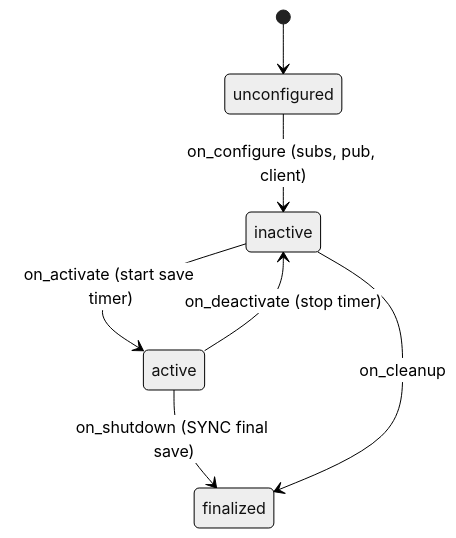
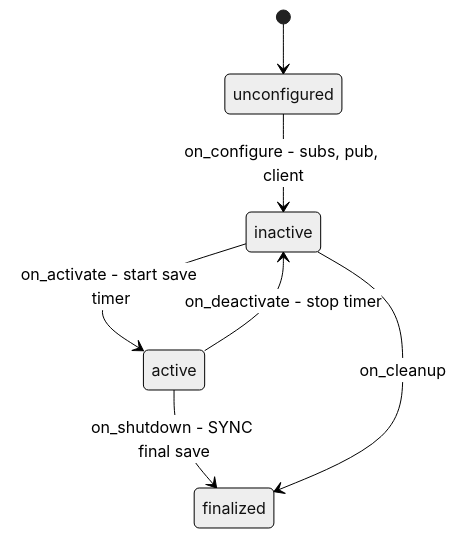
One commit to Boston-Robot-Hackers/dome_nav changed the diagram in 01-literate/02-slam_manager_node.md. Above: the diagram before and after it, drawn with Mermaid (neutral theme). The commit also changed 8 other files, not shown here.

First line of the commit message:
docs(literate): fix mermaid syntax across all diagrams

````diff
--- a/01-literate/02-slam_manager_node.md
+++ b/01-literate/02-slam_manager_node.md
@@ -33,9 +33,9 @@
 ```mermaid
 stateDiagram-v2
     [*] --> unconfigured
-    unconfigured --> inactive: on_configure (subs, pub, client)
-    inactive --> active: on_activate (start save timer)
-    active --> inactive: on_deactivate (stop timer)
-    active --> finalized: on_shutdown (SYNC final save)
+    unconfigured --> inactive: on_configure - subs, pub, client
+    inactive --> active: on_activate - start save timer
+    active --> inactive: on_deactivate - stop timer
+    active --> finalized: on_shutdown - SYNC final save
     inactive --> finalized: on_cleanup
 ```
````
